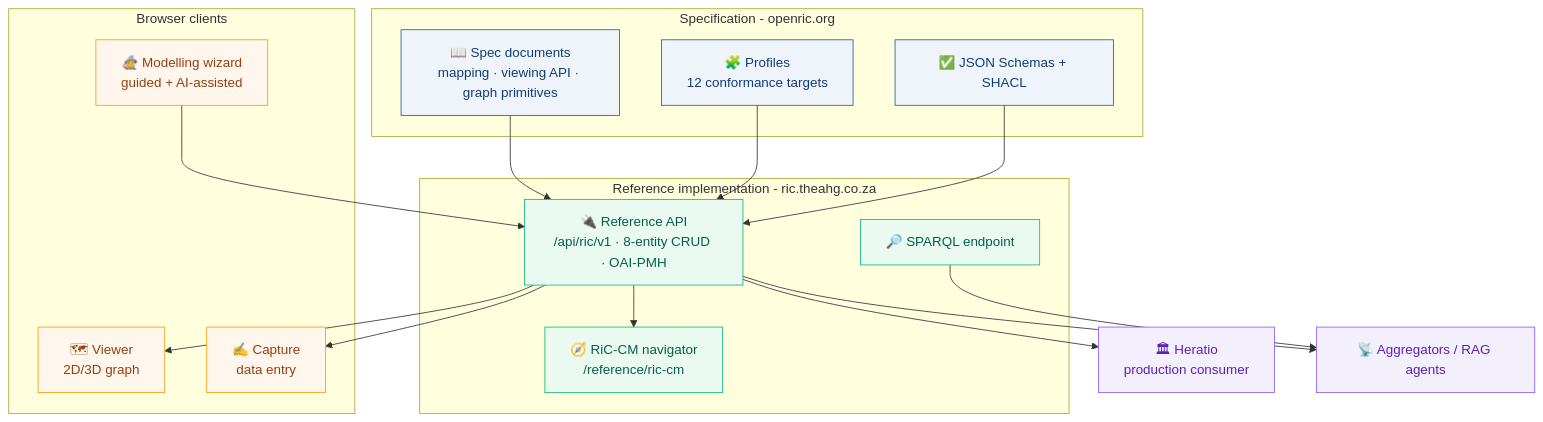
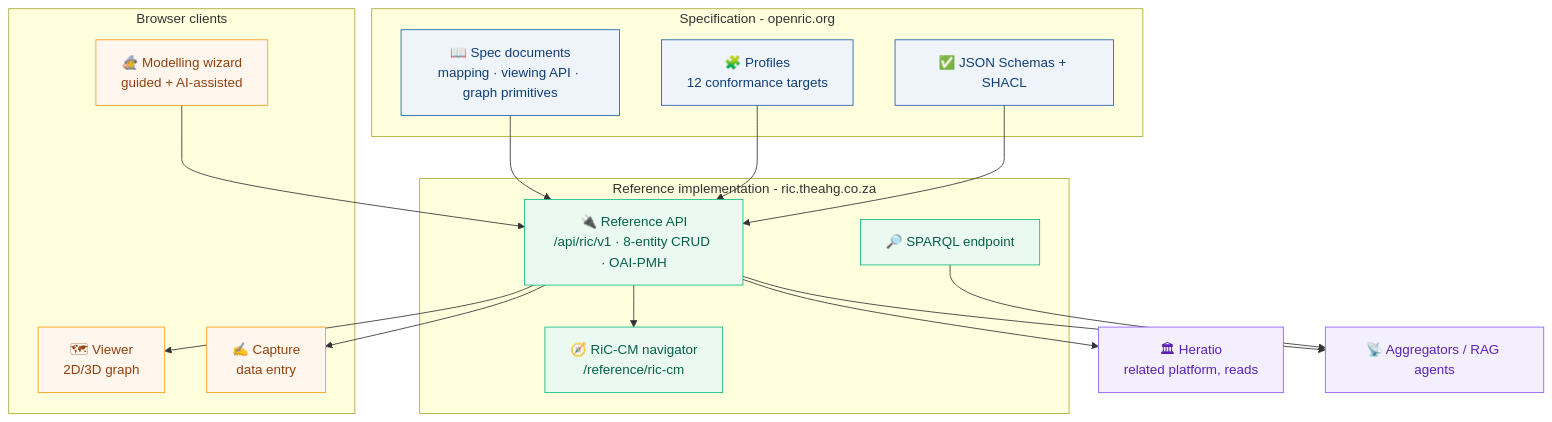
The diagram in help/system-map.md (openric/spec), drawn with Mermaid before and after one commit. The commit also changed 17 other files, not shown here.

```diff
--- a/help/system-map.md
+++ b/help/system-map.md
@@ -23,48 +23,48 @@
 <pre class="mermaid">
 flowchart TB
   classDef spec fill:#eff4fb,stroke:#1f5fa8,color:#0f3e75;
   classDef impl fill:#eafaf1,stroke:#10b981,color:#065f46;
   classDef client fill:#fff7ed,stroke:#f59e0b,color:#92400e;
   classDef consumer fill:#f3effd,stroke:#8b5cf6,color:#5b21b6;
 
   subgraph S [Specification - openric.org]
     SPEC["📖 Spec documents<br/>mapping · viewing API · graph primitives"]:::spec
     PROF["🧩 Profiles<br/>12 conformance targets"]:::spec
     SHAPES["✅ JSON Schemas + SHACL"]:::spec
   end
 
   subgraph I [Reference implementation - ric.theahg.co.za]
     API["🔌 Reference API<br/>/api/ric/v1 · 8-entity CRUD · OAI-PMH"]:::impl
     SPARQL["🔎 SPARQL endpoint"]:::impl
     NAV["🧭 RiC-CM navigator<br/>/reference/ric-cm"]:::impl
   end
 
   subgraph C [Browser clients]
     VIEW["🗺 Viewer<br/>2D/3D graph"]:::client
     CAP["✍ Capture<br/>data entry"]:::client
     WIZ["🧙 Modelling wizard<br/>guided + AI-assisted"]:::client
   end
 
-  HER["🏛 Heratio<br/>production consumer"]:::consumer
+  HER["🏛 Heratio<br/>related platform, reads"]:::consumer
   AGG["📡 Aggregators / RAG agents"]:::consumer
 
   SPEC --> API
   PROF --> API
   SHAPES --> API
   API --> VIEW
   API --> CAP
   API --> NAV
   WIZ --> API
   API --> HER
   SPARQL --> AGG
   API --> AGG
 
   click SPEC "/spec/" "Read the specification"
   click PROF "/spec/profiles/" "Conformance profiles"
   click NAV "https://ric.theahg.co.za/reference/ric-cm/" "RiC-CM navigator"
   click VIEW "https://viewer.openric.org/" "Graph viewer"
   click CAP "https://capture.openric.org/" "Capture client"
   click WIZ "/wizard/" "Modelling wizard"
   click API "/help/using-the-api/" "Using the API"
   click HER "https://heratio.theahg.co.za/" "Heratio"
 </pre>
```
